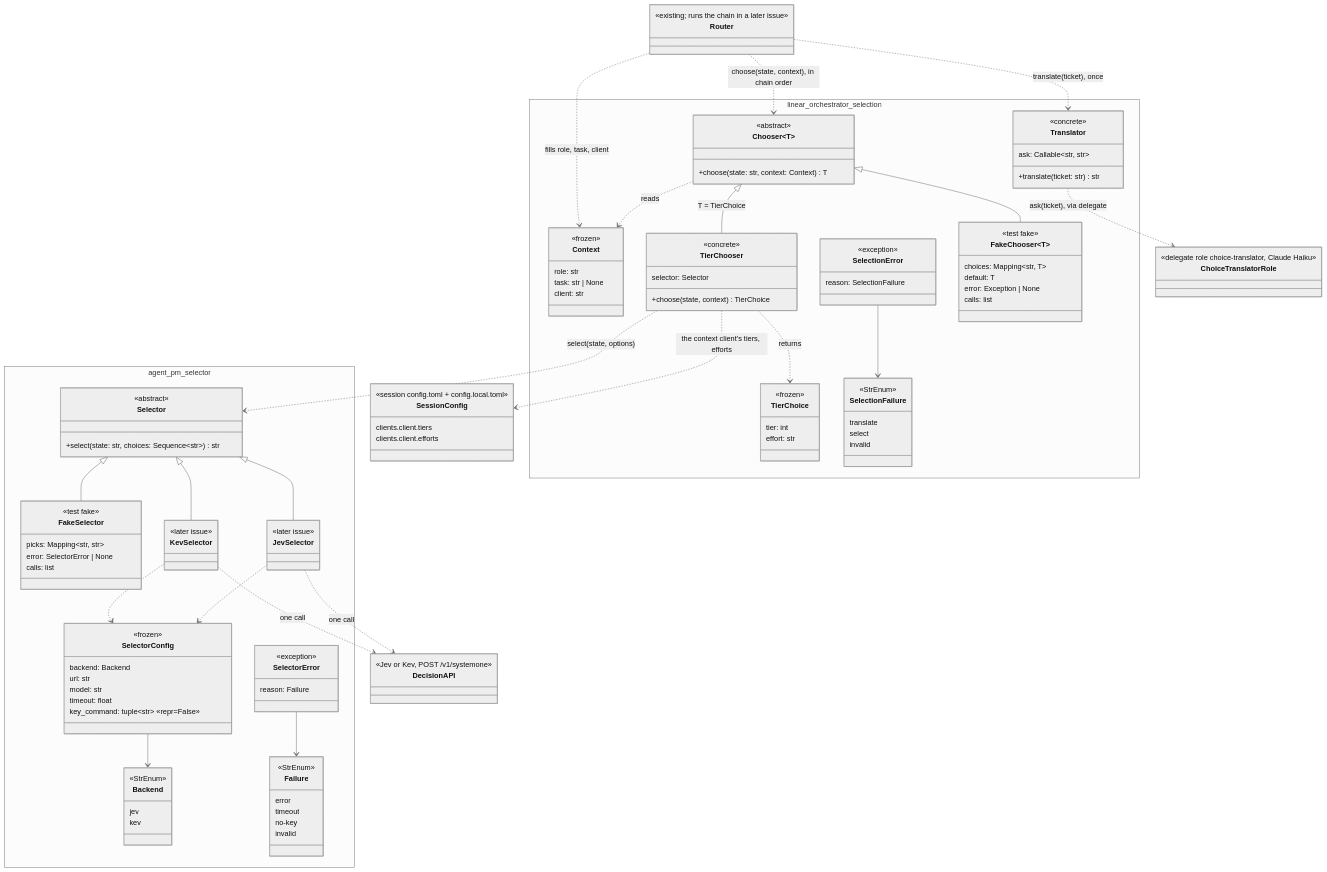
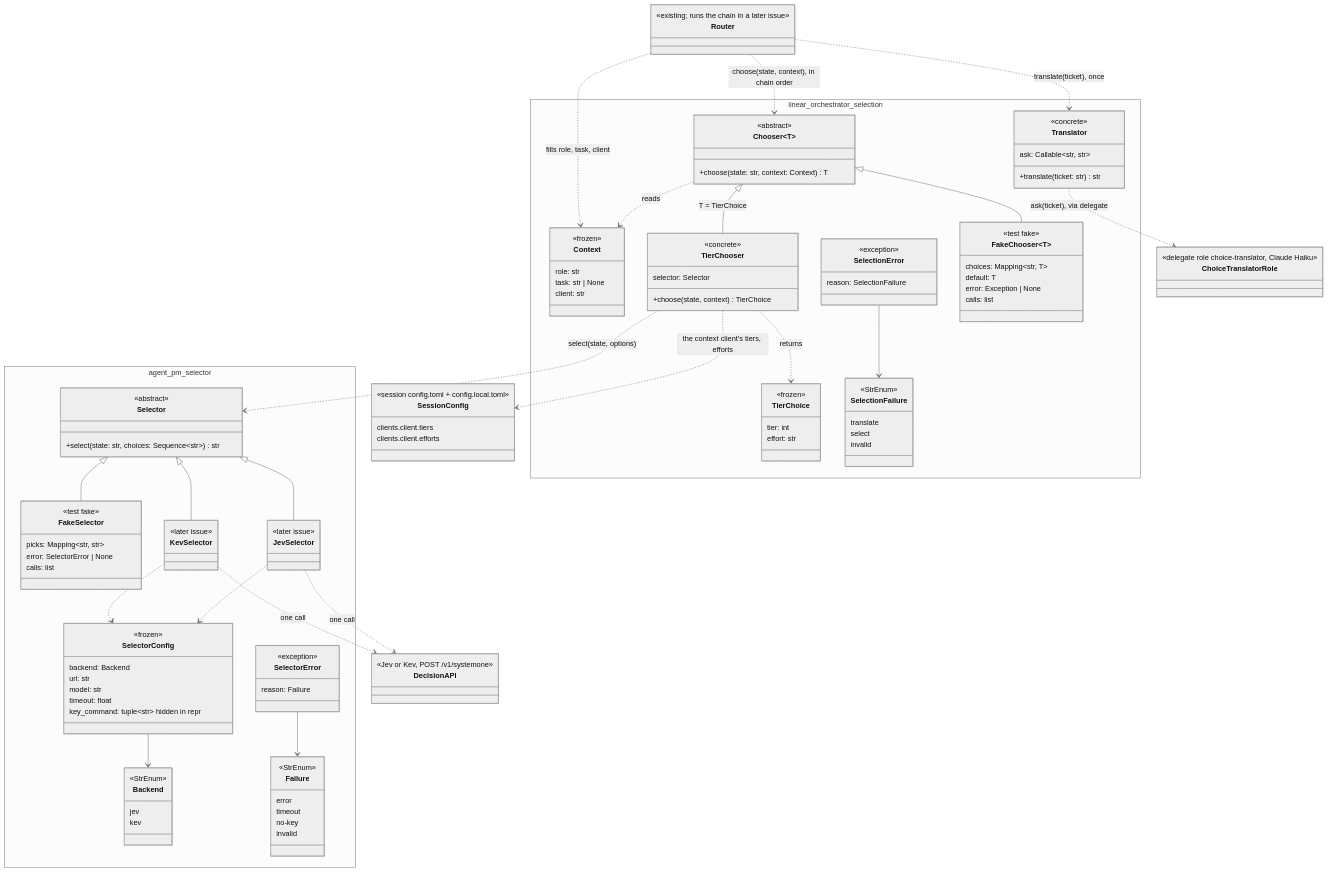
The second of 2 diagrams in .autopilot/router-selector-spec.md (ophis/agent-pm), drawn with Mermaid (neutral theme) before and after one commit. The commit also changed other lines of this file, not shown here.

Commit message:
TASK-742: spec: fallback fills context and logs only the reason code; fix the Mermaid flow

```diff
--- a/.autopilot/router-selector-spec.md
+++ b/.autopilot/router-selector-spec.md
@@ -67,7 +68,7 @@
       url: str
       model: str
       timeout: float
-      key_command: tuple~str~  «repr=False»
+      key_command: tuple~str~ hidden in repr
     }
     class Backend {
       <<StrEnum>>
```
